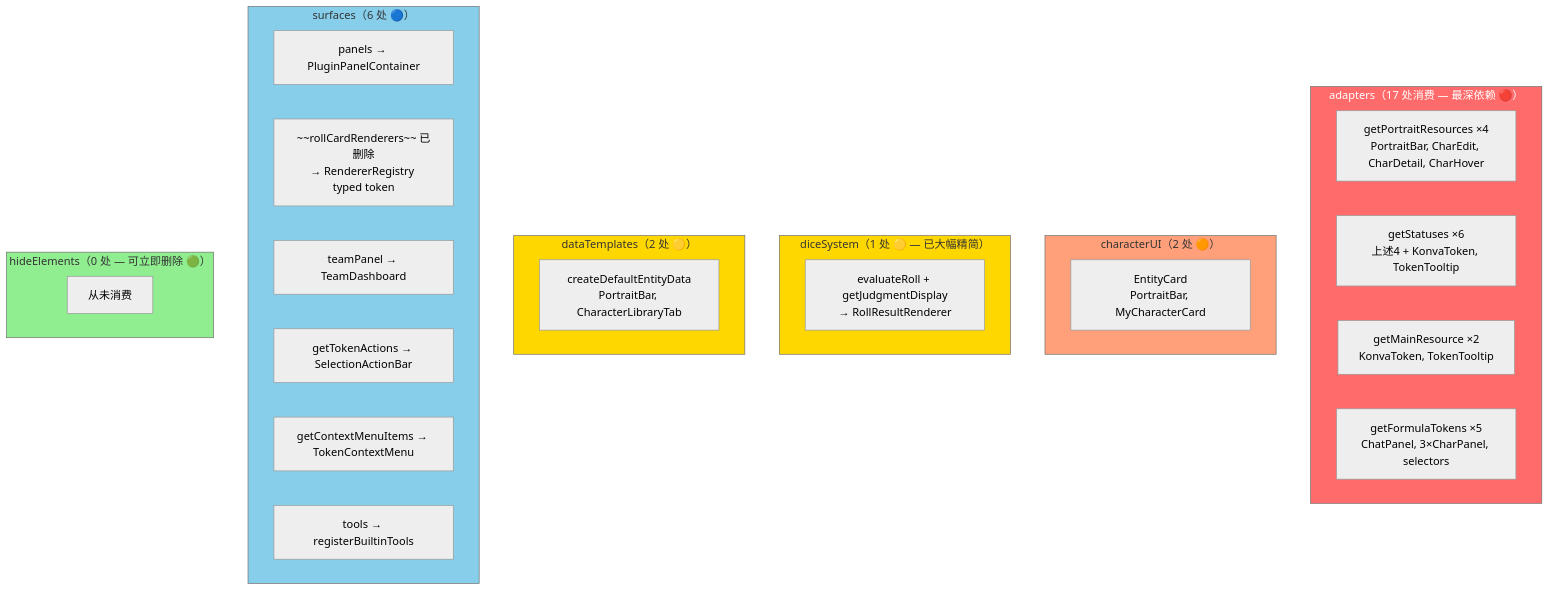
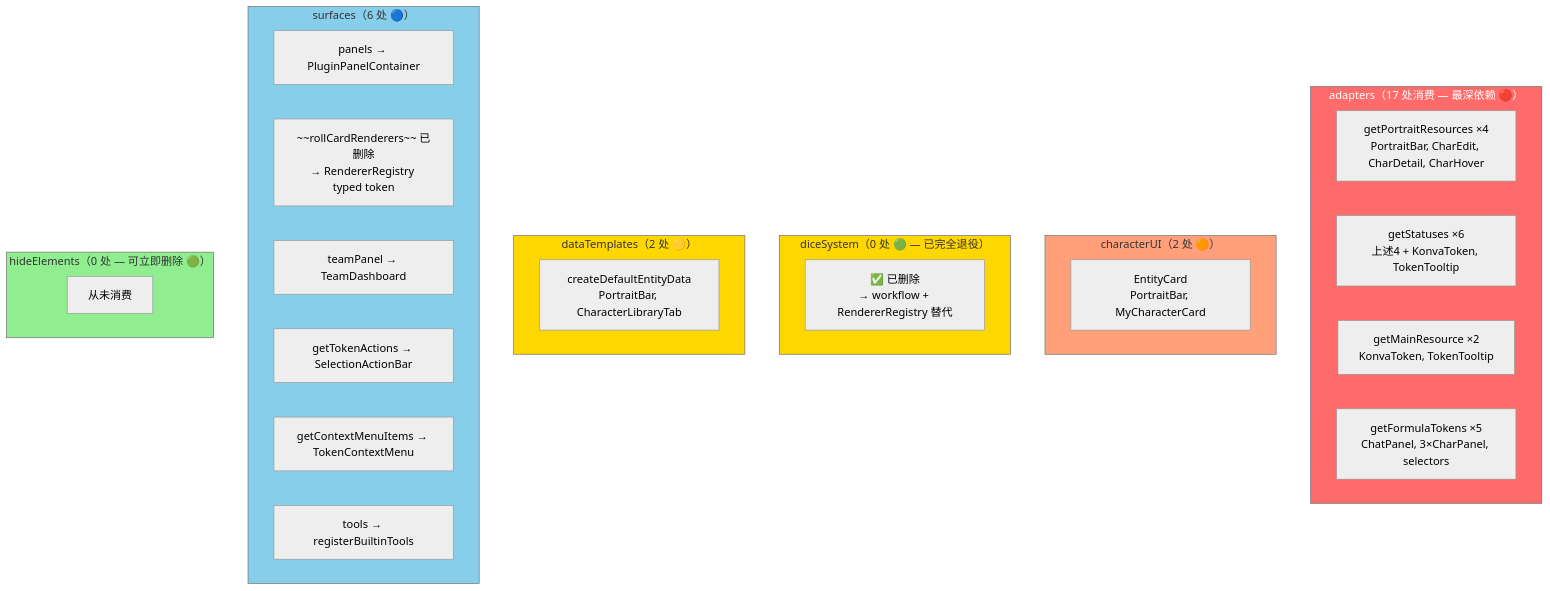
One commit to RidRisR/myVTT changed the fifth of 18 diagrams in docs/design/17-插件系统演进路线.md. Above: the diagram before and after it, drawn with Mermaid (neutral theme). The commit also changed other lines of this file and 64 other files, not shown here.

````diff
--- a/docs/design/17-插件系统演进路线.md
+++ b/docs/design/17-插件系统演进路线.md
@@ -155,41 +158,41 @@
 ```mermaid
 graph TD
     subgraph Adapters["adapters（17 处消费 — 最深依赖 🔴）"]
         A1["getPortraitResources ×4<br/>PortraitBar, CharEdit, CharDetail, CharHover"]
         A2["getStatuses ×6<br/>上述4 + KonvaToken, TokenTooltip"]
         A3["getMainResource ×2<br/>KonvaToken, TokenTooltip"]
         A4["getFormulaTokens ×5<br/>ChatPanel, 3×CharPanel, selectors"]
     end
 
     subgraph CharUI["characterUI（2 处 🟠）"]
         C1["EntityCard<br/>PortraitBar, MyCharacterCard"]
     end
 
-    subgraph DiceSys["diceSystem（1 处 🟡 — 已大幅精简）"]
-        D1["evaluateRoll + getJudgmentDisplay<br/>→ RollResultRenderer"]
+    subgraph DiceSys["diceSystem（0 处 🟢 — 已完全退役）"]
+        D1["✅ 已删除<br/>→ workflow + RendererRegistry 替代"]
     end
 
     subgraph Templates["dataTemplates（2 处 🟡）"]
         T1["createDefaultEntityData<br/>PortraitBar, CharacterLibraryTab"]
     end
 
     subgraph Surfaces["surfaces（6 处 🔵）"]
         S1["panels → PluginPanelContainer"]
         S2["~~rollCardRenderers~~ 已删除<br/>→ RendererRegistry typed token"]
         S3["teamPanel → TeamDashboard"]
         S4["getTokenActions → SelectionActionBar"]
         S5["getContextMenuItems → TokenContextMenu"]
         S6["tools → registerBuiltinTools"]
     end
 
     subgraph Dead["hideElements（0 处 — 可立即删除 🟢）"]
         H1["从未消费"]
     end
 
     style Adapters fill:#FF6B6B,color:#fff
     style CharUI fill:#FFA07A
     style DiceSys fill:#FFD700
     style Templates fill:#FFD700
     style Surfaces fill:#87CEEB
     style Dead fill:#90EE90
 ```
````
